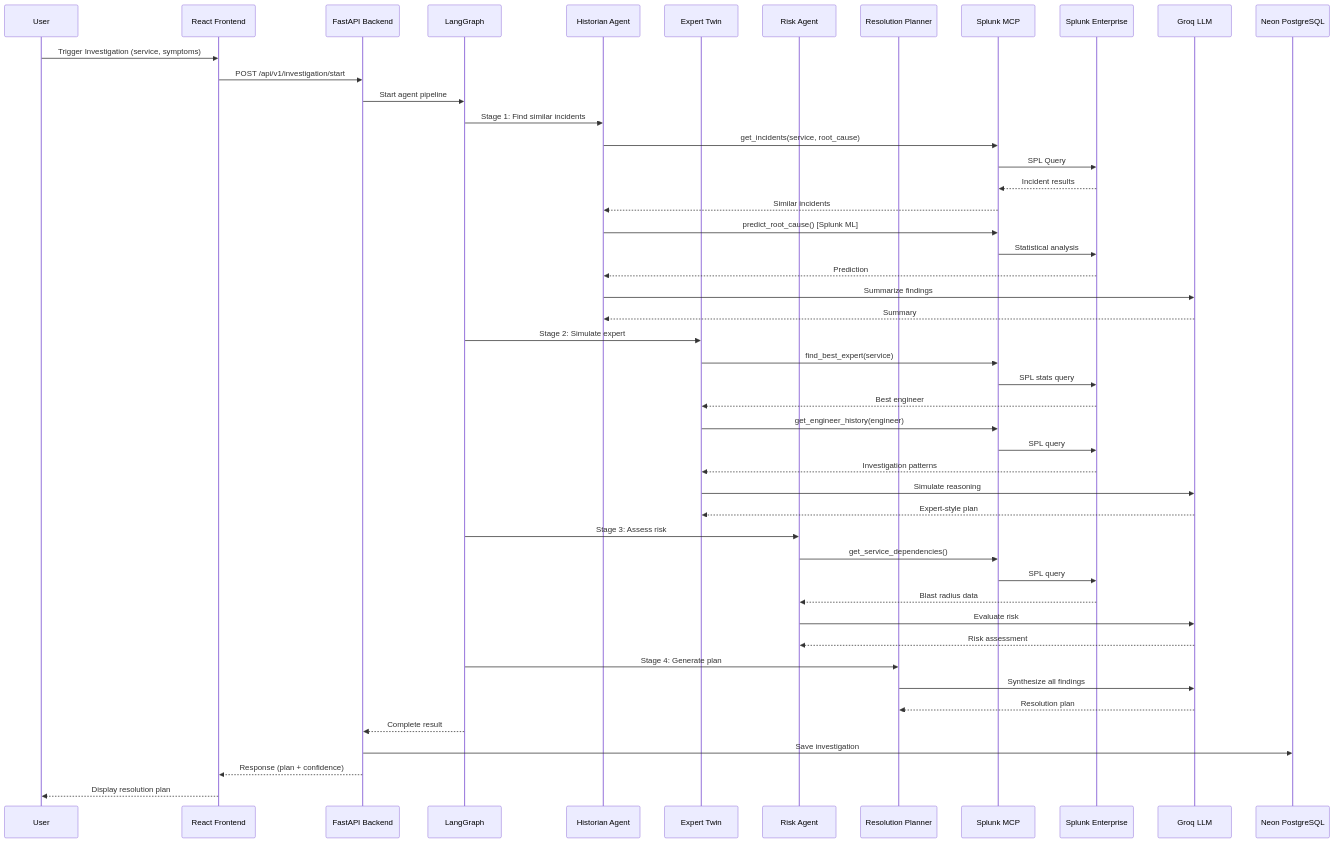
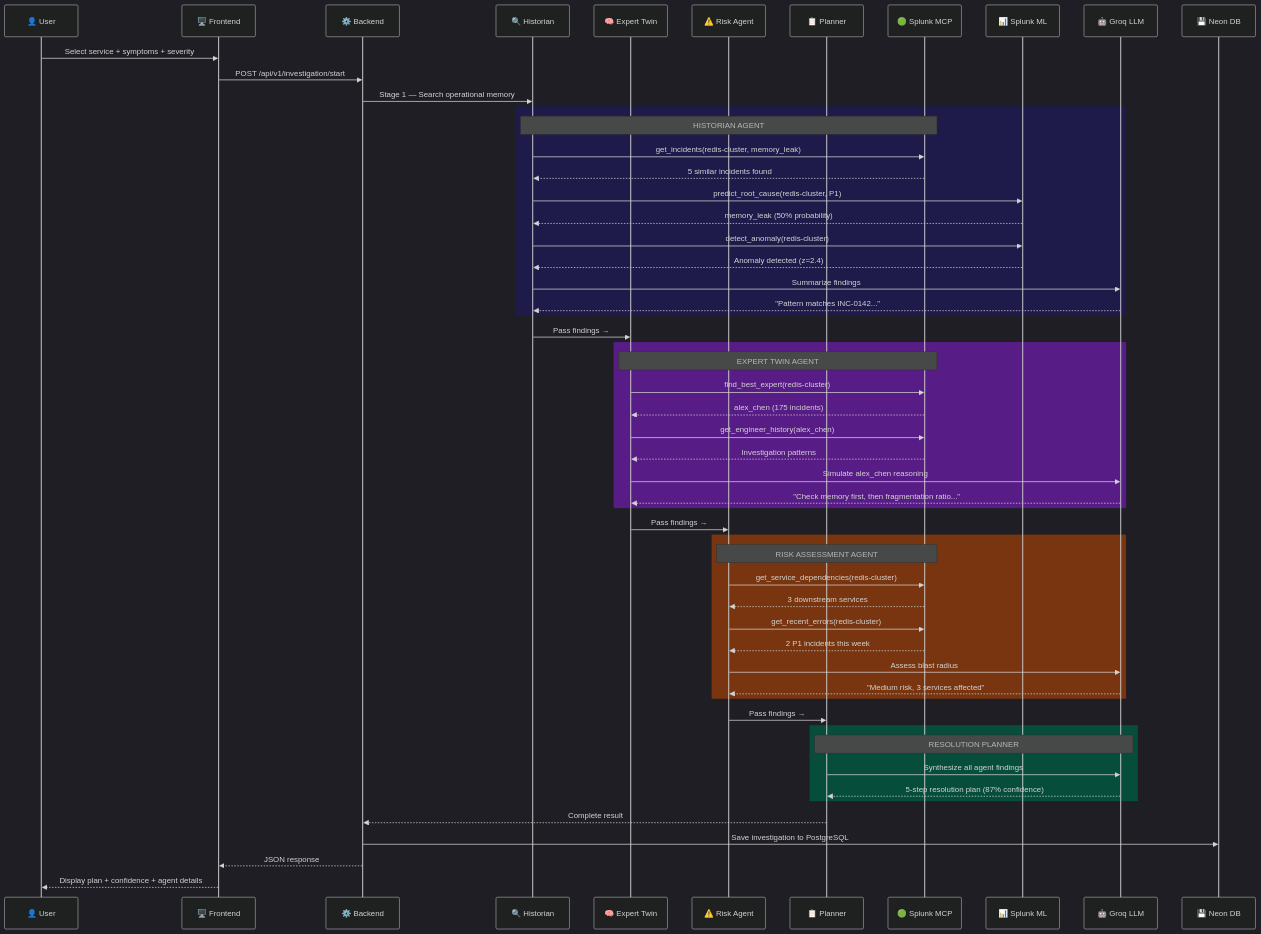
Before and after one commit to Cyberexe1/OpsTwin-AI: the second of 2 diagrams in architecture_diagram.md, drawn with Mermaid. The commit also changed other lines of this file and 1 other file, not shown here.

First line of the commit message:
chore: Add MIT license and enhance architecture documentation

````diff
--- a/architecture_diagram.md
+++ b/architecture_diagram.md
@@ -101,56 +114,68 @@
 ```mermaid
+%%{init: {'theme': 'dark', 'themeVariables': {'fontSize': '14px'}}}%%
 sequenceDiagram
-    participant U as User
-    participant FE as React Frontend
-    participant BE as FastAPI Backend
-    participant LG as LangGraph
-    participant H as Historian Agent
-    participant ET as Expert Twin
-    participant RA as Risk Agent
-    participant RP as Resolution Planner
-    participant MCP as Splunk MCP
-    participant S as Splunk Enterprise
-    participant LLM as Groq LLM
-    participant DB as Neon PostgreSQL
+    participant U as 👤 User
+    participant FE as 🖥️ Frontend
+    participant BE as ⚙️ Backend
+    participant H as 🔍 Historian
+    participant ET as 🧠 Expert Twin
+    participant RA as ⚠️ Risk Agent
+    participant RP as 📋 Planner
+    participant MCP as 🟢 Splunk MCP
+    participant ML as 📊 Splunk ML
+    participant LLM as 🤖 Groq LLM
+    participant DB as 💾 Neon DB
 
-    U->>FE: Trigger Investigation (service, symptoms)
+    U->>FE: Select service + symptoms + severity
     FE->>BE: POST /api/v1/investigation/start
-    BE->>LG: Start agent pipeline
-    
-    LG->>H: Stage 1: Find similar incidents
-    H->>MCP: get_incidents(service, root_cause)
-    MCP->>S: SPL Query
-    S-->>MCP: Incident results
-    MCP-->>H: Similar incidents
-    H->>MCP: predict_root_cause() [Splunk ML]
-    MCP->>S: Statistical analysis
-    S-->>H: Prediction
-    H->>LLM: Summarize findings
-    LLM-->>H: Summary
-    
-    LG->>ET: Stage 2: Simulate expert
-    ET->>MCP: find_best_expert(service)
-    MCP->>S: SPL stats query
-    S-->>ET: Best engineer
-    ET->>MCP: get_engineer_history(engineer)
-    MCP->>S: SPL query
-    S-->>ET: Investigation patterns
-    ET->>LLM: Simulate reasoning
-    LLM-->>ET: Expert-style plan
-    
-    LG->>RA: Stage 3: Assess risk
-    RA->>MCP: get_service_dependencies()
-    MCP->>S: SPL query
-    S-->>RA: Blast radius data
-    RA->>LLM: Evaluate risk
-    LLM-->>RA: Risk assessment
-    
-    LG->>RP: Stage 4: Generate plan
-    RP->>LLM: Synthesize all findings
-    LLM-->>RP: Resolution plan
-    
-    LG-->>BE: Complete result
-    BE->>DB: Save investigation
-    BE-->>FE: Response (plan + confidence)
-    FE-->>U: Display resolution plan
+    BE->>H: Stage 1 — Search operational memory
+
+    rect rgb(30, 27, 75)
+        Note over H,MCP: HISTORIAN AGENT
+        H->>MCP: get_incidents(redis-cluster, memory_leak)
+        MCP-->>H: 5 similar incidents found
+        H->>ML: predict_root_cause(redis-cluster, P1)
+        ML-->>H: memory_leak (50% probability)
+        H->>ML: detect_anomaly(redis-cluster)
+        ML-->>H: Anomaly detected (z=2.4)
+        H->>LLM: Summarize findings
+        LLM-->>H: "Pattern matches INC-0142..."
+    end
+
+    H->>ET: Pass findings →
+
+    rect rgb(88, 28, 135)
+        Note over ET,MCP: EXPERT TWIN AGENT
+        ET->>MCP: find_best_expert(redis-cluster)
+        MCP-->>ET: alex_chen (175 incidents)
+        ET->>MCP: get_engineer_history(alex_chen)
+        MCP-->>ET: Investigation patterns
+        ET->>LLM: Simulate alex_chen reasoning
+        LLM-->>ET: "Check memory first, then fragmentation ratio..."
+    end
+
+    ET->>RA: Pass findings →
+
+    rect rgb(120, 53, 15)
+        Note over RA,MCP: RISK ASSESSMENT AGENT
+        RA->>MCP: get_service_dependencies(redis-cluster)
+        MCP-->>RA: 3 downstream services
+        RA->>MCP: get_recent_errors(redis-cluster)
+        MCP-->>RA: 2 P1 incidents this week
+        RA->>LLM: Assess blast radius
+        LLM-->>RA: "Medium risk, 3 services affected"
+    end
+
+    RA->>RP: Pass findings →
+
+    rect rgb(6, 78, 59)
+        Note over RP,LLM: RESOLUTION PLANNER
+        RP->>LLM: Synthesize all agent findings
+        LLM-->>RP: 5-step resolution plan (87% confidence)
+    end
+
+    RP-->>BE: Complete result
+    BE->>DB: Save investigation to PostgreSQL
+    BE-->>FE: JSON response
+    FE-->>U: Display plan + confidence + agent details
 ```
````
